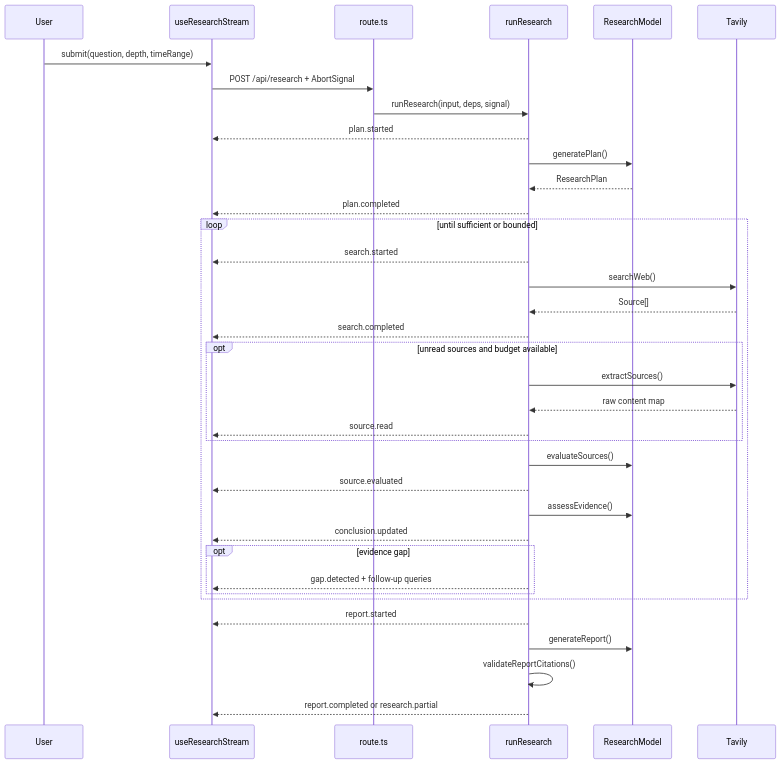
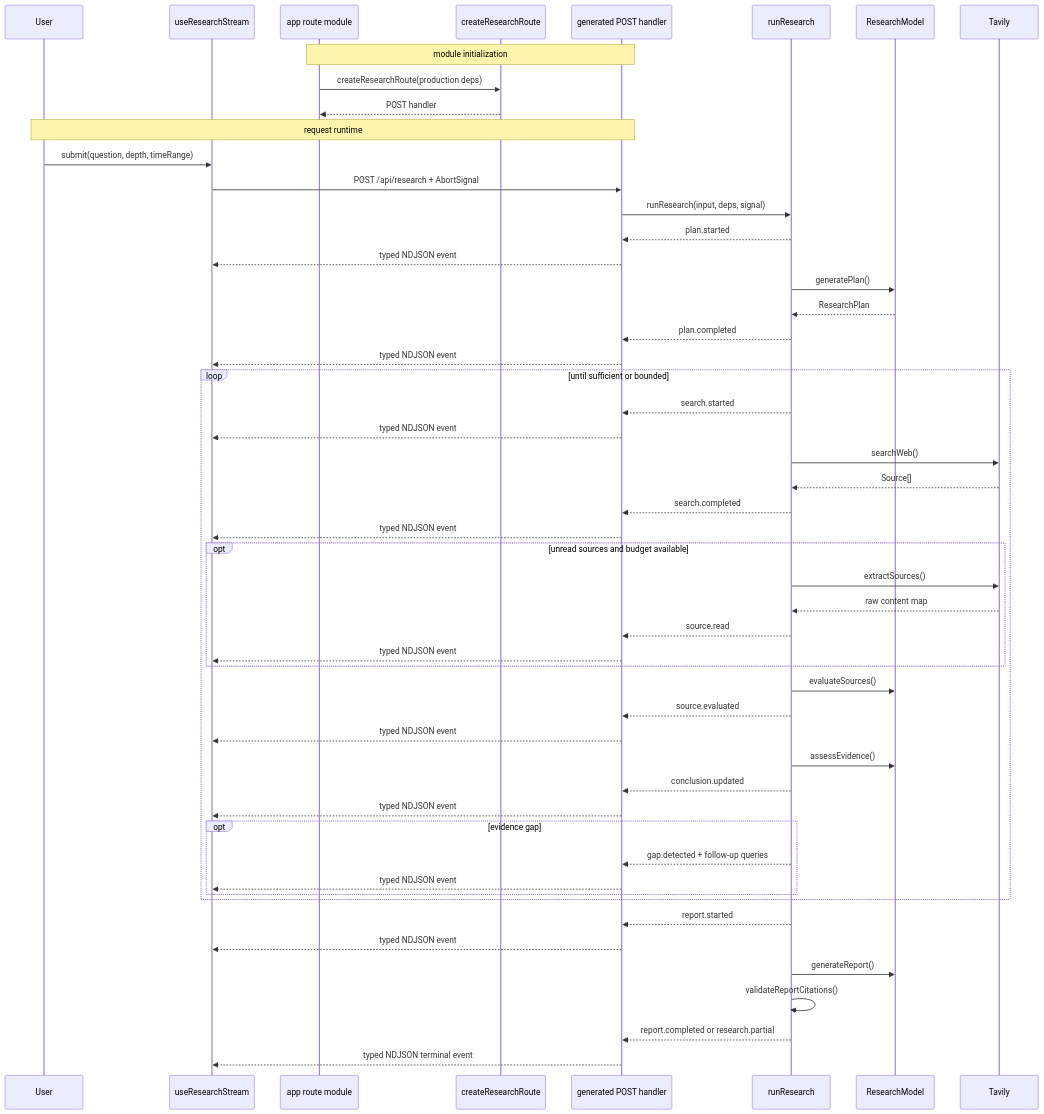
The second of 2 diagrams in docs/architecture.md (nightsu/research-agent-demo), drawn with Mermaid before and after one commit. The commit also changed other lines of this file and 1 other file, not shown here.

Commit message:
docs: update research route architecture mapping

````diff
--- a/docs/architecture.md
+++ b/docs/architecture.md
@@ -59,39 +65,55 @@
 ```mermaid
 sequenceDiagram
     participant U as User
     participant H as useResearchStream
-    participant R as route.ts
+    participant W as app route module
+    participant F as createResearchRoute
+    participant R as generated POST handler
     participant A as runResearch
     participant M as ResearchModel
     participant T as Tavily
 
+    Note over W,R: module initialization
+    W->>F: createResearchRoute(production deps)
+    F-->>W: POST handler
+    Note over U,R: request runtime
     U->>H: submit(question, depth, timeRange)
     H->>R: POST /api/research + AbortSignal
     R->>A: runResearch(input, deps, signal)
-    A-->>H: plan.started
+    A-->>R: plan.started
+    R-->>H: typed NDJSON event
     A->>M: generatePlan()
     M-->>A: ResearchPlan
-    A-->>H: plan.completed
+    A-->>R: plan.completed
+    R-->>H: typed NDJSON event
     loop until sufficient or bounded
-      A-->>H: search.started
+      A-->>R: search.started
+      R-->>H: typed NDJSON event
       A->>T: searchWeb()
       T-->>A: Source[]
-      A-->>H: search.completed
+      A-->>R: search.completed
+      R-->>H: typed NDJSON event
       opt unread sources and budget available
         A->>T: extractSources()
         T-->>A: raw content map
-        A-->>H: source.read
+        A-->>R: source.read
+        R-->>H: typed NDJSON event
       end
       A->>M: evaluateSources()
-      A-->>H: source.evaluated
+      A-->>R: source.evaluated
+      R-->>H: typed NDJSON event
       A->>M: assessEvidence()
-      A-->>H: conclusion.updated
+      A-->>R: conclusion.updated
+      R-->>H: typed NDJSON event
       opt evidence gap
-        A-->>H: gap.detected + follow-up queries
+        A-->>R: gap.detected + follow-up queries
+        R-->>H: typed NDJSON event
       end
     end
-    A-->>H: report.started
+    A-->>R: report.started
+    R-->>H: typed NDJSON event
     A->>M: generateReport()
     A->>A: validateReportCitations()
-    A-->>H: report.completed or research.partial
+    A-->>R: report.completed or research.partial
+    R-->>H: typed NDJSON terminal event
 ```
````
